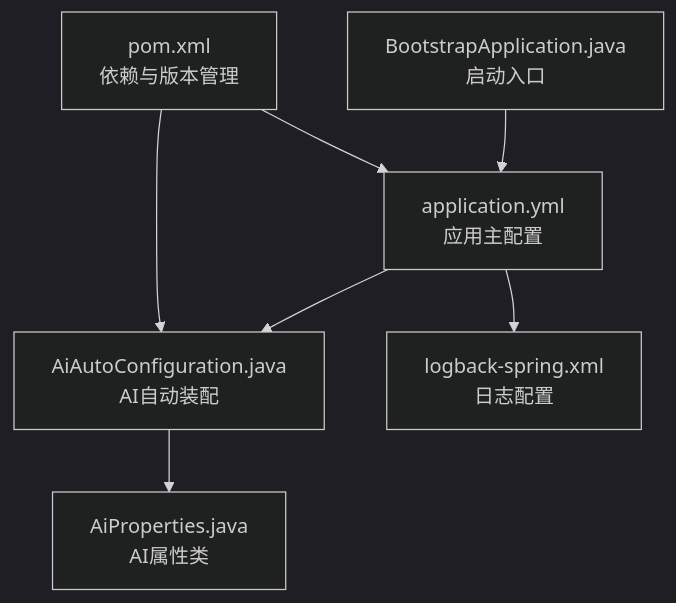
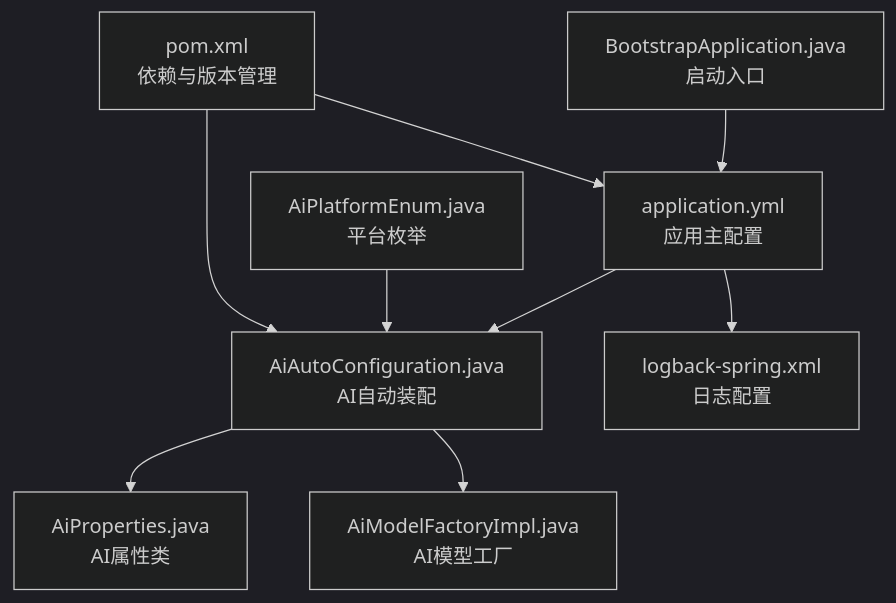
Before and after one commit to X555LB/data-ai: the first of 5 diagrams in .qoder/repowiki/zh/content/配置指南.md, drawn with Mermaid (dark theme). The commit also changed other lines of this file and 31 other files, not shown here.

````diff
--- a/.qoder/repowiki/zh/content/配置指南.md
+++ b/.qoder/repowiki/zh/content/配置指南.md
@@ -37,9 +47,11 @@
 ```mermaid
 graph TB
 A["application.yml<br/>应用主配置"] --> B["AiAutoConfiguration.java<br/>AI自动装配"]
 A --> C["logback-spring.xml<br/>日志配置"]
 B --> D["AiProperties.java<br/>AI属性类"]
-E["BootstrapApplication.java<br/>启动入口"] --> A
-F["pom.xml<br/>依赖与版本管理"] --> B
-F --> A
+B --> E["AiModelFactoryImpl.java<br/>AI模型工厂"]
+F["AiPlatformEnum.java<br/>平台枚举"] --> B
+G["BootstrapApplication.java<br/>启动入口"] --> A
+H["pom.xml<br/>依赖与版本管理"] --> B
+H --> A
 ```
````
